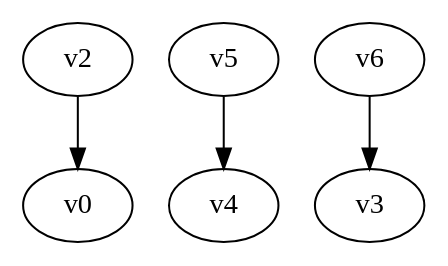
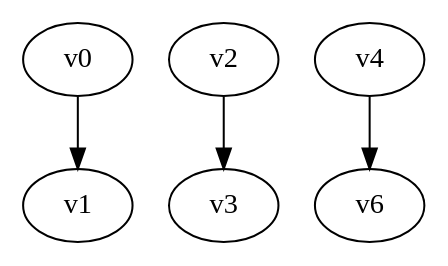
One commit to yadej/graph_project changed the diagram in digraph.dot. Above: the diagram before and after it, drawn with Graphviz. The commit also changed 8 other files, not shown here.

```diff
--- a/digraph.dot
+++ b/digraph.dot
@@ -1,5 +1,5 @@
 digraph G { 
-v2 -> v0;
-v5 -> v4;
-v6 -> v3;
+v0 -> v1;
+v2 -> v3;
+v4 -> v6;
 }
```
